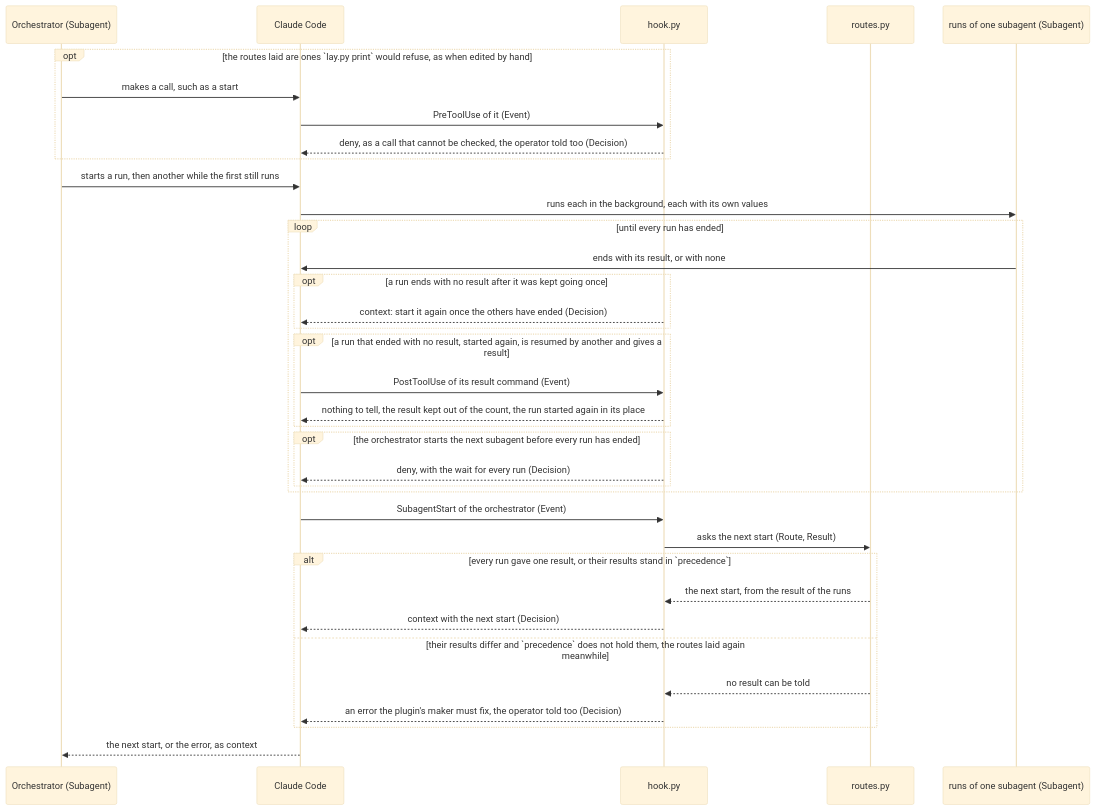
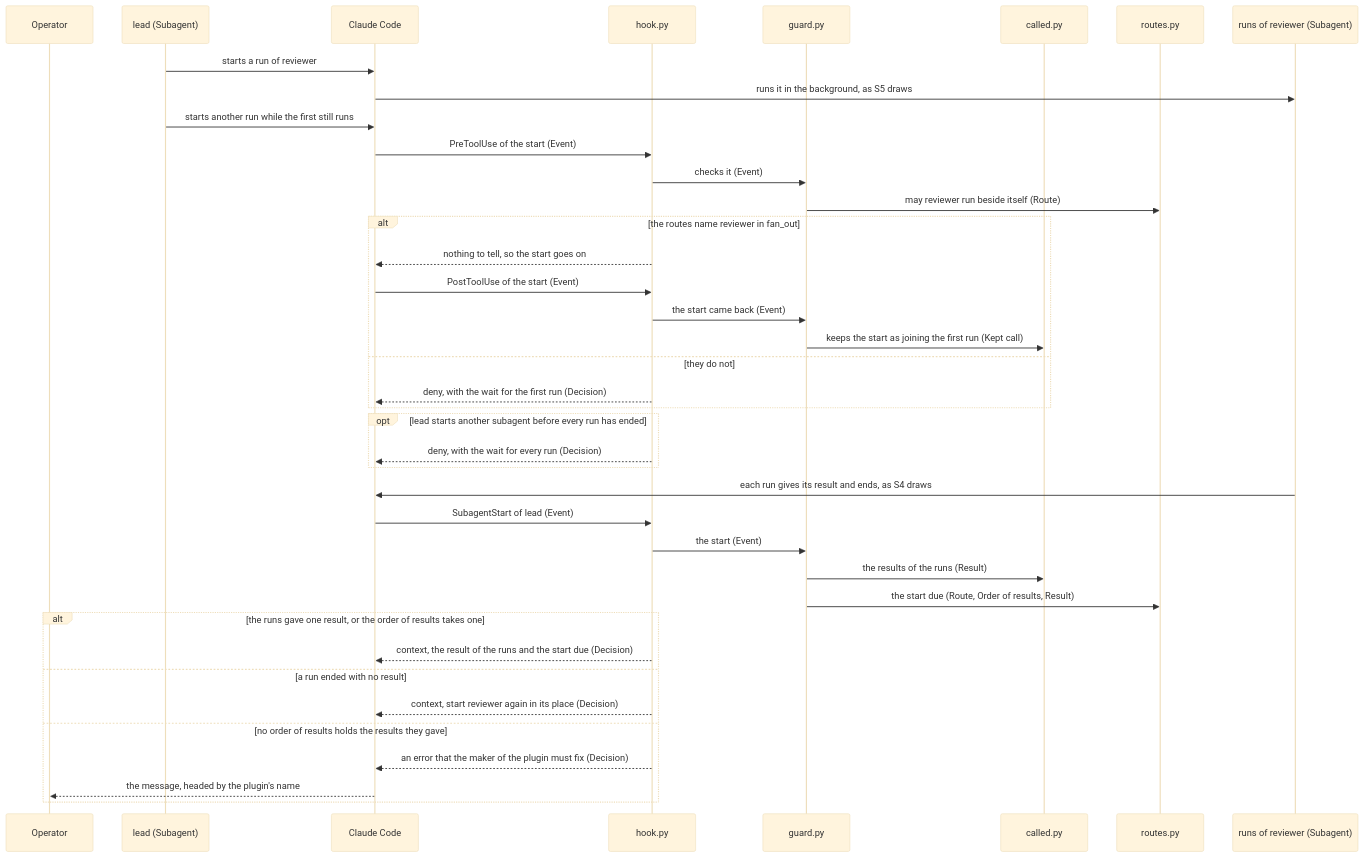
The sixth of 7 diagrams in dev/lane/architecture.md (lovaizu/ccpm), drawn with Mermaid (base theme) before and after one commit. The commit also changed other lines of this file and 5 other files, not shown here.

````diff
--- a/dev/lane/architecture.md
+++ b/dev/lane/architecture.md
@@ -446,38 +506,41 @@
 ```mermaid
 sequenceDiagram
-  participant O as Orchestrator (Subagent)
+  participant OP as Operator
+  participant O as lead (Subagent)
   participant CC as Claude Code
   participant H as hook.py
+  participant G as guard.py
+  participant C as called.py
   participant RT as routes.py
-  participant S as runs of one subagent (Subagent)
-  opt the routes laid are ones `lay.py print` would refuse, as when edited by hand
-    O->>CC: makes a call, such as a start
-    CC->>H: PreToolUse of it (Event)
-    H-->>CC: deny, as a call that cannot be checked, the operator told too (Decision)
+  participant S as runs of reviewer (Subagent)
+  O->>CC: starts a run of reviewer
+  CC->>S: runs it in the background, as S5 draws
+  O->>CC: starts another run while the first still runs
+  CC->>H: PreToolUse of the start (Event)
+  H->>G: checks it (Event)
+  G->>RT: may reviewer run beside itself (Route)
+  alt the routes name reviewer in fan_out
+    H-->>CC: nothing to tell, so the start goes on
+    CC->>H: PostToolUse of the start (Event)
+    H->>G: the start came back (Event)
+    G->>C: keeps the start as joining the first run (Kept call)
+  else they do not
+    H-->>CC: deny, with the wait for the first run (Decision)
   end
-  O->>CC: starts a run, then another while the first still runs
-  CC->>S: runs each in the background, each with its own values
-  loop until every run has ended
-    S->>CC: ends with its result, or with none
-    opt a run ends with no result after it was kept going once
-      H-->>CC: context: start it again once the others have ended (Decision)
-    end
-    opt a run that ended with no result, started again, is resumed by another and gives a result
-      CC->>H: PostToolUse of its result command (Event)
-      H-->>CC: nothing to tell, the result kept out of the count, the run started again in its place
-    end
-    opt the orchestrator starts the next subagent before every run has ended
-      H-->>CC: deny, with the wait for every run (Decision)
-    end
+  opt lead starts another subagent before every run has ended
+    H-->>CC: deny, with the wait for every run (Decision)
   end
-  CC->>H: SubagentStart of the orchestrator (Event)
-  H->>RT: asks the next start (Route, Result)
-  alt every run gave one result, or their results stand in `precedence`
-    RT-->>H: the next start, from the result of the runs
-    H-->>CC: context with the next start (Decision)
-  else their results differ and `precedence` does not hold them, the routes laid again meanwhile
-    RT-->>H: no result can be told
-    H-->>CC: an error the plugin's maker must fix, the operator told too (Decision)
+  S->>CC: each run gives its result and ends, as S4 draws
+  CC->>H: SubagentStart of lead (Event)
+  H->>G: the start (Event)
+  G->>C: the results of the runs (Result)
+  G->>RT: the start due (Route, Order of results, Result)
+  alt the runs gave one result, or the order of results takes one
+    H-->>CC: context, the result of the runs and the start due (Decision)
+  else a run ended with no result
+    H-->>CC: context, start reviewer again in its place (Decision)
+  else no order of results holds the results they gave
+    H-->>CC: an error that the maker of the plugin must fix (Decision)
+    CC-->>OP: the message, headed by the plugin's name
   end
-  CC-->>O: the next start, or the error, as context
 ```
````
